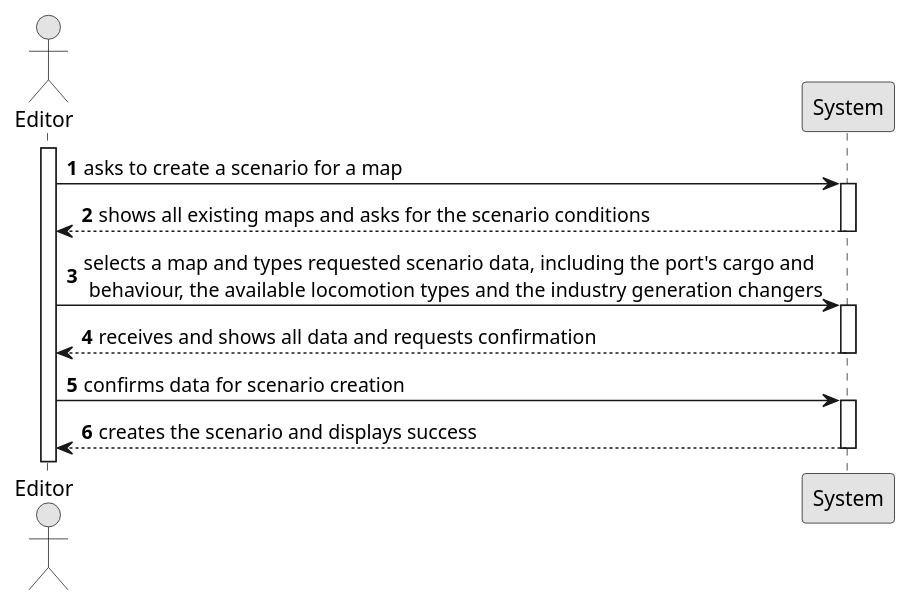
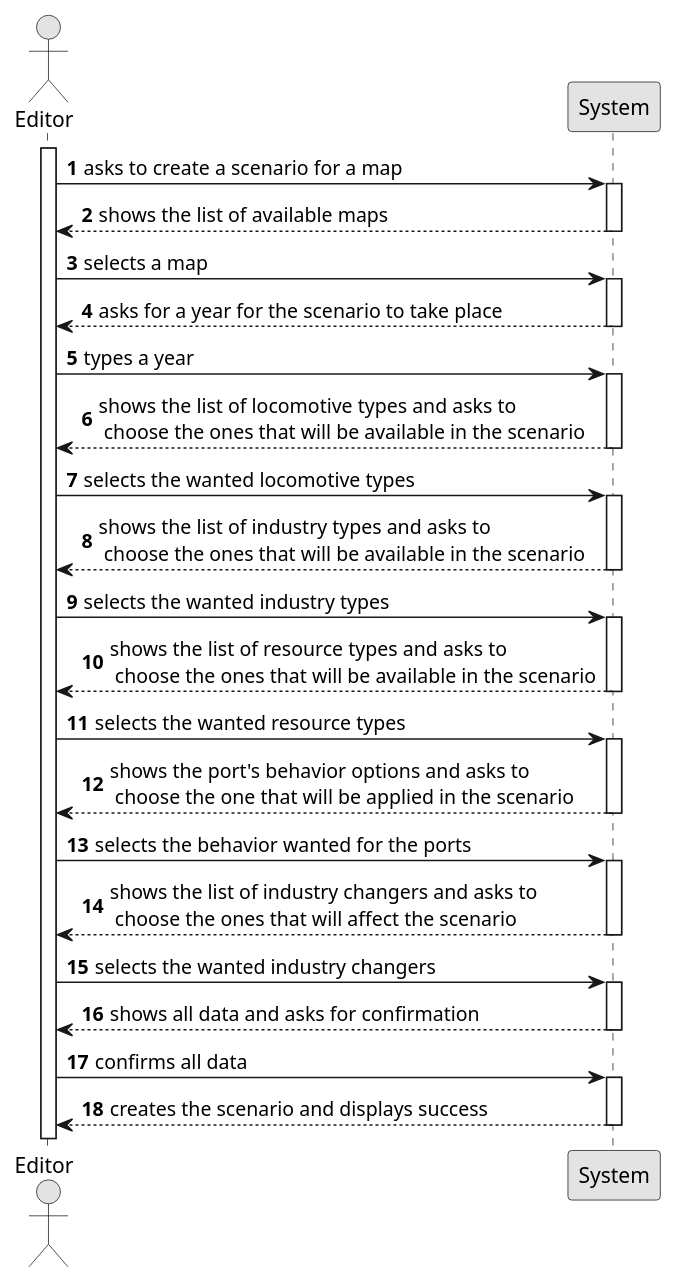
One commit to 1240935/pi2-railway-simulator changed the diagram in Sprint2/US004/01.requirements-engineering/puml/US004-SSD.puml. Above: the diagram before and after it, drawn with PlantUML. The commit also changed 17 other files, not shown here.

```diff
--- a/Sprint2/US004/01.requirements-engineering/puml/US004-SSD.puml
+++ b/Sprint2/US004/01.requirements-engineering/puml/US004-SSD.puml
@@ -1,31 +1,66 @@
 @startuml
 skinparam monochrome true
 skinparam packageStyle rectangle
 skinparam shadowing false
 
 autonumber
 
 actor "Editor" as Employee
 participant "System" as System
 
 activate Employee
 
     Employee -> System : asks to create a scenario for a map
     activate System
 
-        System --> Employee : shows all existing maps and asks for the scenario conditions
+        System --> Employee : shows the list of available maps
     deactivate System
 
-    Employee -> System : selects a map and types requested scenario data, including the port's cargo and \n behaviour, the available locomotion types and the industry generation changers
-
+    Employee -> System : selects a map
     activate System
 
-        System --> Employee : receives and shows all data and requests confirmation
+    System --> Employee : asks for a year for the scenario to take place
     deactivate System
 
-    Employee -> System : confirms data for scenario creation
+    Employee -> System : types a year
     activate System
 
-        System --> Employee : creates the scenario and displays success
+    System --> Employee : shows the list of locomotive types and asks to \n choose the ones that will be available in the scenario
+    deactivate System
+
+    Employee -> System : selects the wanted locomotive types
+    activate System
+
+    System --> Employee : shows the list of industry types and asks to \n choose the ones that will be available in the scenario
+    deactivate System
+
+    Employee -> System : selects the wanted industry types
+    activate System
+
+    System --> Employee : shows the list of resource types and asks to \n choose the ones that will be available in the scenario
+    deactivate System
+
+    Employee -> System : selects the wanted resource types
+    activate System
+
+    System --> Employee : shows the port's behavior options and asks to \n choose the one that will be applied in the scenario
+    deactivate System
+
+    Employee -> System : selects the behavior wanted for the ports
+    activate System
+
+    System --> Employee : shows the list of industry changers and asks to \n choose the ones that will affect the scenario
+    deactivate System
+
+    Employee -> System : selects the wanted industry changers
+    activate System
+
+    System --> Employee : shows all data and asks for confirmation
+    deactivate System
+
+    Employee -> System : confirms all data
+    activate System
+
+    System --> Employee : creates the scenario and displays success
     deactivate System
 @enduml
```
